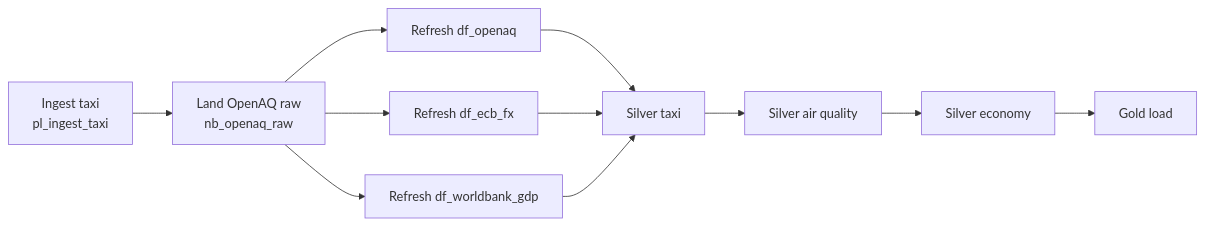
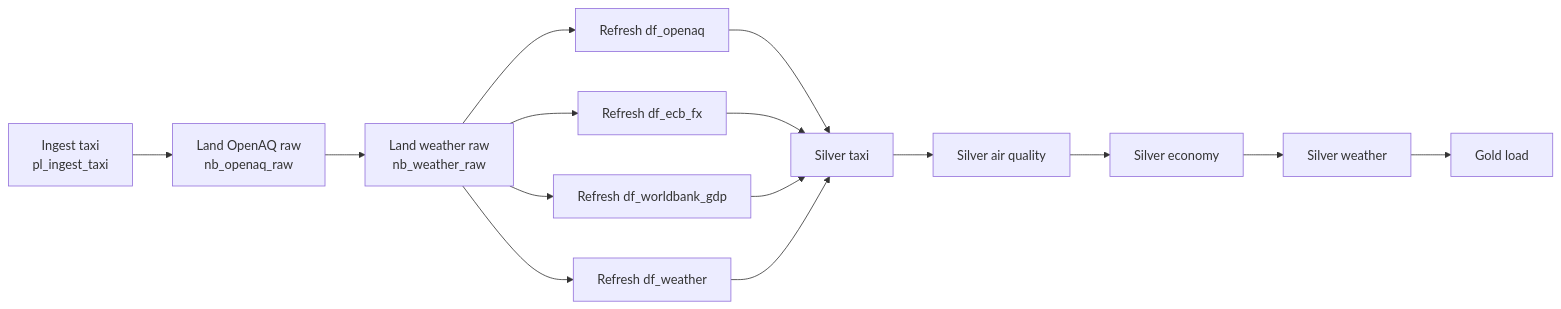
The second of 2 diagrams in docs/lineage.md (GammaSphere/itransition-project1-fabric), drawn with Mermaid before and after one commit.

Commit message:
Lineage: orchestration diagram includes the weather steps

````diff
--- a/docs/lineage.md
+++ b/docs/lineage.md
@@ -70,11 +70,14 @@
 ```mermaid
 flowchart LR
     A[Ingest taxi<br/>pl_ingest_taxi] --> B[Land OpenAQ raw<br/>nb_openaq_raw]
-    B --> C1[Refresh df_openaq]
-    B --> C2[Refresh df_ecb_fx]
-    B --> C3[Refresh df_worldbank_gdp]
-    C1 & C2 & C3 --> D[Silver taxi]
+    B --> W[Land weather raw<br/>nb_weather_raw]
+    W --> C1[Refresh df_openaq]
+    W --> C2[Refresh df_ecb_fx]
+    W --> C3[Refresh df_worldbank_gdp]
+    W --> C4[Refresh df_weather]
+    C1 & C2 & C3 & C4 --> D[Silver taxi]
     D --> E[Silver air quality]
     E --> F[Silver economy]
-    F --> G[Gold load]
+    F --> H[Silver weather]
+    H --> G[Gold load]
 ```
````
